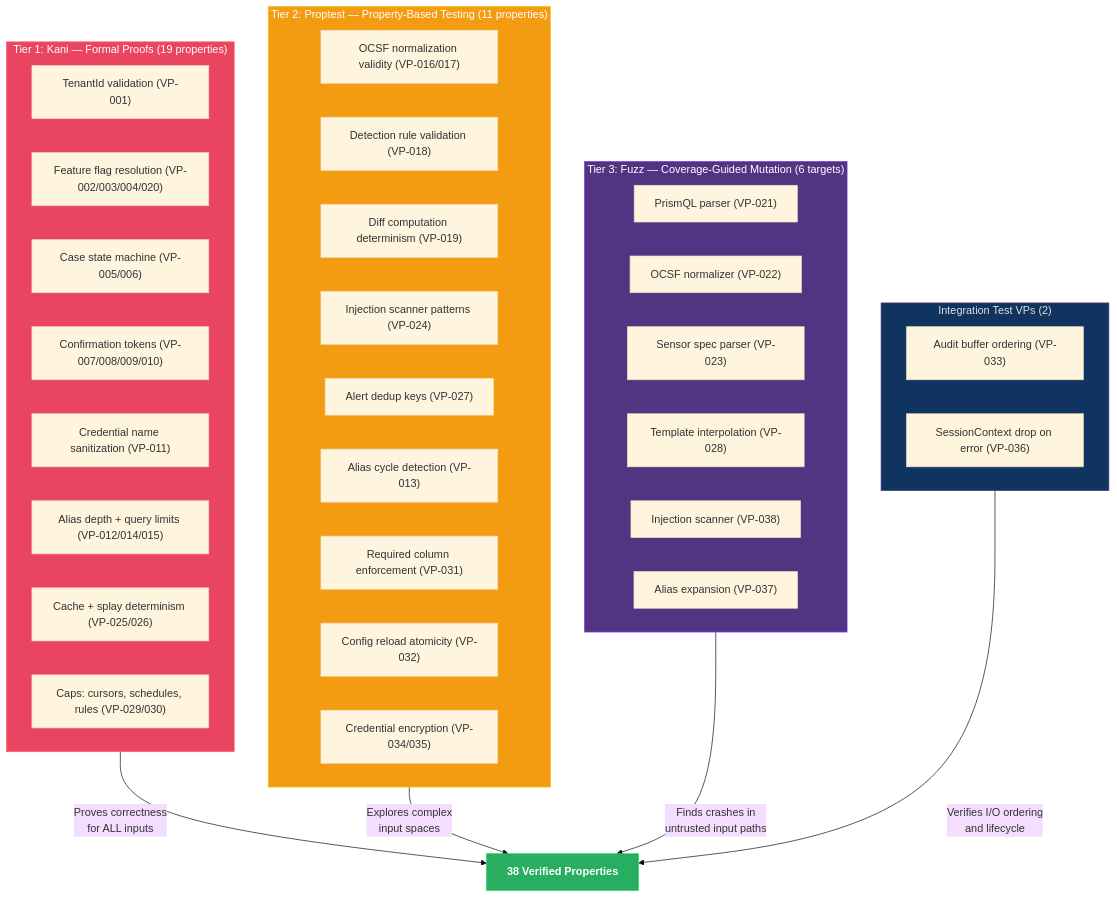
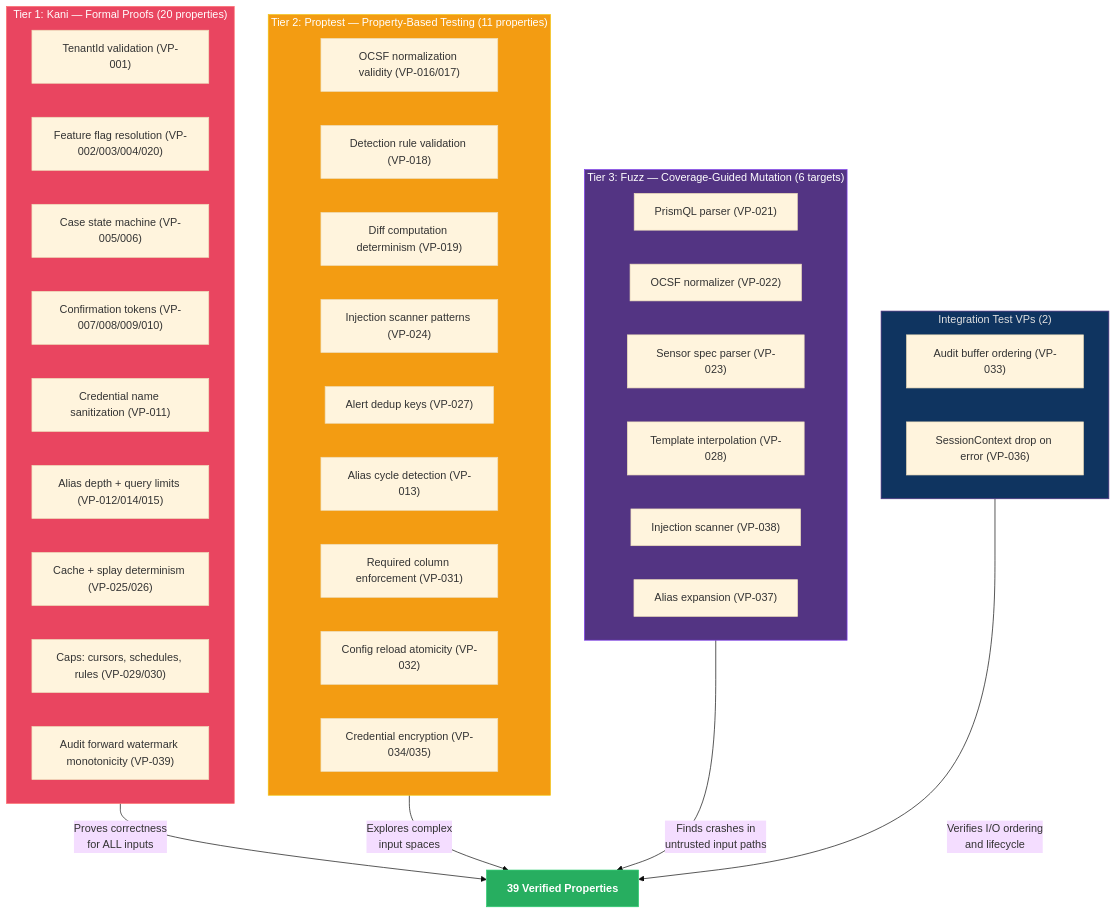
One commit to drbothen/prism changed the diagram in specs/architecture/verification-architecture.md. Above: the diagram before and after it, drawn with Mermaid (base theme). The commit also changed other lines of this file, not shown here.

Commit message:
factory(phase-3-patch burst-24): add VP-039 to verification-architecture.md P0 catalog
- Append VP-039 row (prism-audit / kani / P0 / BC-2.05.011) to Provable Properties Catalog
- Add VP-039 to P0 must-verify enumeration (after VP-038)
- Update Kani tier count in Mermaid diagram: 19 → 20 properties
- Update total verified properties node in diagram: 38 → 39
- Policy 9 adoption sweep: verification-architecture.md now reflects VP-INDEX.md exactly

````diff
--- a/specs/architecture/verification-architecture.md
+++ b/specs/architecture/verification-architecture.md
@@ -18,50 +18,51 @@
 ```mermaid
 graph TB
-    subgraph TIER1["Tier 1: Kani — Formal Proofs (19 properties)"]
+    subgraph TIER1["Tier 1: Kani — Formal Proofs (20 properties)"]
         K1["TenantId validation (VP-001)"]
         K2["Feature flag resolution (VP-002/003/004/020)"]
         K3["Case state machine (VP-005/006)"]
         K4["Confirmation tokens (VP-007/008/009/010)"]
         K5["Credential name sanitization (VP-011)"]
         K6["Alias depth + query limits (VP-012/014/015)"]
         K7["Cache + splay determinism (VP-025/026)"]
         K8["Caps: cursors, schedules, rules (VP-029/030)"]
+        K9["Audit forward watermark monotonicity (VP-039)"]
     end
 
     subgraph TIER2["Tier 2: Proptest — Property-Based Testing (11 properties)"]
         P1["OCSF normalization validity (VP-016/017)"]
         P2["Detection rule validation (VP-018)"]
         P3["Diff computation determinism (VP-019)"]
         P4["Injection scanner patterns (VP-024)"]
         P5["Alert dedup keys (VP-027)"]
         P6["Alias cycle detection (VP-013)"]
         P7["Required column enforcement (VP-031)"]
         P8["Config reload atomicity (VP-032)"]
         P9["Credential encryption (VP-034/035)"]
     end
 
     subgraph TIER3["Tier 3: Fuzz — Coverage-Guided Mutation (6 targets)"]
         F1["PrismQL parser (VP-021)"]
         F2["OCSF normalizer (VP-022)"]
         F3["Sensor spec parser (VP-023)"]
         F4["Template interpolation (VP-028)"]
         F5["Injection scanner (VP-038)"]
         F6["Alias expansion (VP-037)"]
     end
 
     subgraph INTEG["Integration Test VPs (2)"]
         I1["Audit buffer ordering (VP-033)"]
         I2["SessionContext drop on error (VP-036)"]
     end
 
-    TIER1 -->|"Proves correctness<br/>for ALL inputs"| SAFE["38 Verified Properties"]
+    TIER1 -->|"Proves correctness<br/>for ALL inputs"| SAFE["39 Verified Properties"]
     TIER2 -->|"Explores complex<br/>input spaces"| SAFE
     TIER3 -->|"Finds crashes in<br/>untrusted input paths"| SAFE
     INTEG -->|"Verifies I/O ordering<br/>and lifecycle"| SAFE
 
     style TIER1 fill:#e94560,stroke:#ff6b6b,color:#fff
     style TIER2 fill:#f39c12,stroke:#f1c40f,color:#fff
     style TIER3 fill:#533483,stroke:#7c3aed,color:#fff
     style INTEG fill:#0f3460,stroke:#533483,color:#e0e0e0
     style SAFE fill:#27ae60,stroke:#2ecc71,color:#fff,font-weight:bold
 ```
````
